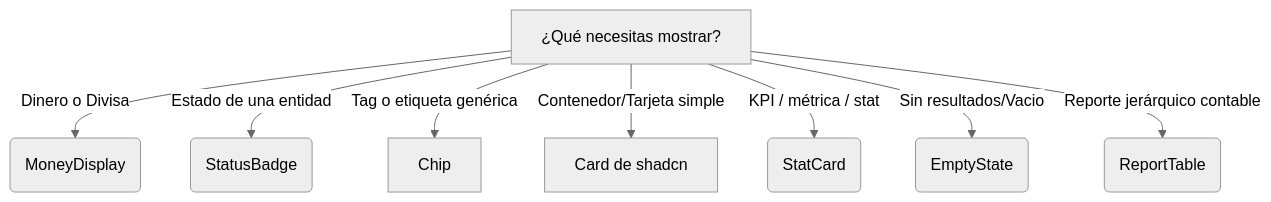
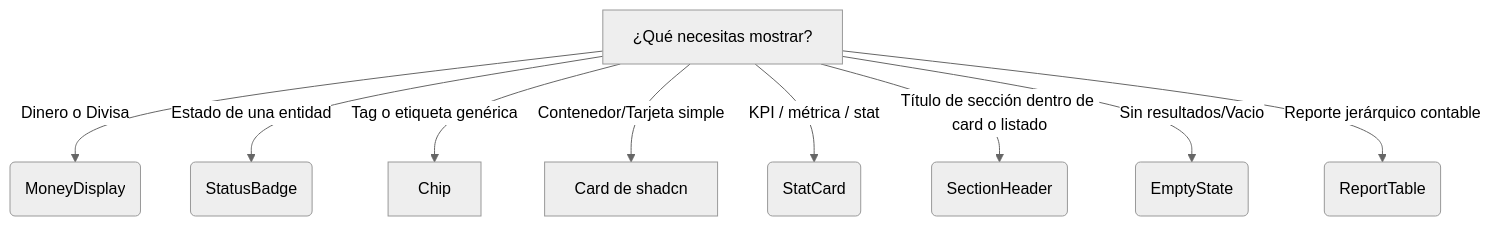
The third of 6 diagrams in docs/20-contracts/component-decision-tree.md (Patricoaa/ERPGrafico), drawn with Mermaid (neutral theme) before and after one commit. The commit also changed other lines of this file and 9 other files, not shown here.

````diff
--- a/docs/20-contracts/component-decision-tree.md
+++ b/docs/20-contracts/component-decision-tree.md
@@ -56,11 +56,12 @@
 ```mermaid
 graph TD
     A[¿Qué necesitas mostrar?]
     A -->|Dinero o Divisa| B(MoneyDisplay)
     A -->|Estado de una entidad| C(StatusBadge)
     A -->|Tag o etiqueta genérica| D[Chip]
     A -->|Contenedor/Tarjeta simple| E[Card de shadcn]
     A -->|KPI / métrica / stat| H(StatCard)
+    A -->|Título de sección dentro de card o listado| I(SectionHeader)
     A -->|Sin resultados/Vacio| F(EmptyState)
     A -->|Reporte jerárquico contable| G(ReportTable)
 ```
````
